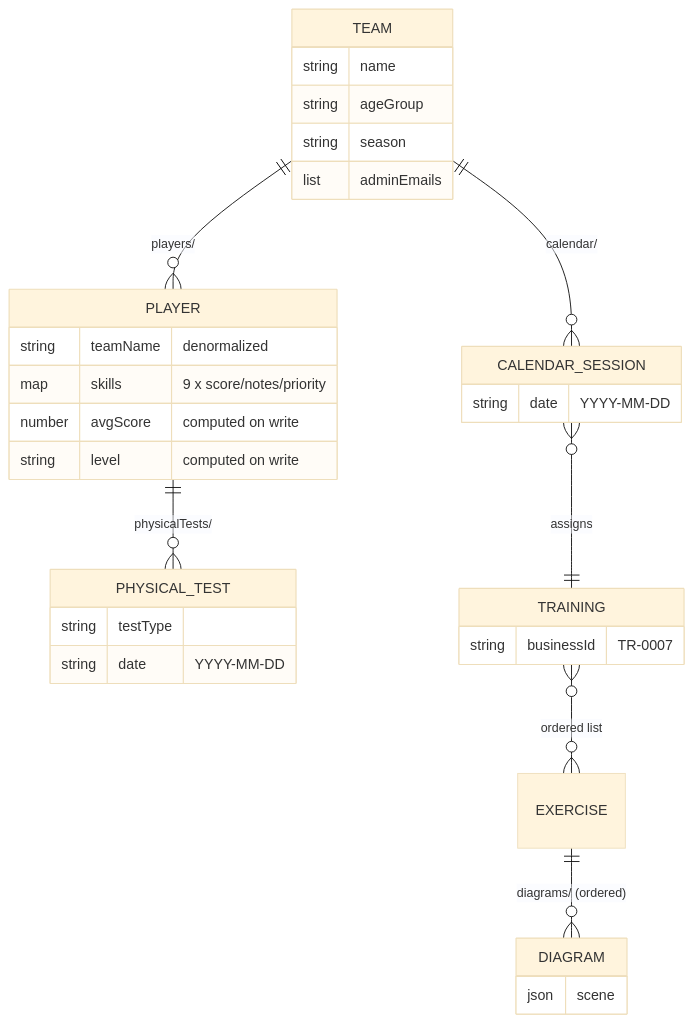
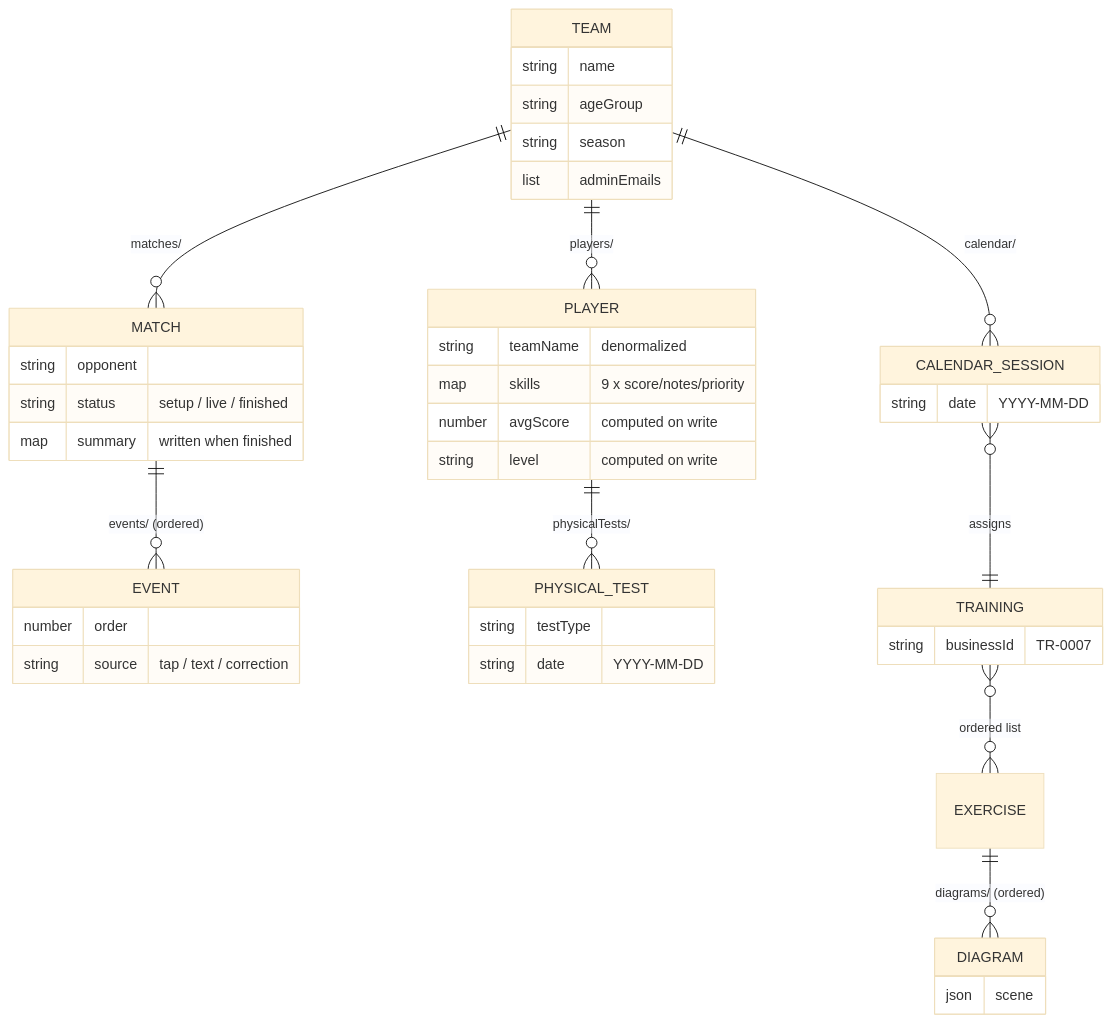
One commit to Ledsav/volley-skills changed the third of 3 diagrams in README.md. Above: the diagram before and after it, drawn with Mermaid (base theme). The commit also changed other lines of this file and 62 other files, not shown here.

First line of the commit message:
docs: page screenshots, season-loop diagram and a shareable product overview

````diff
--- a/README.md
+++ b/README.md
@@ -134,35 +217,46 @@
 ```mermaid
 erDiagram
     TEAM ||--o{ PLAYER : "players/"
     TEAM ||--o{ CALENDAR_SESSION : "calendar/"
+    TEAM ||--o{ MATCH : "matches/"
+    MATCH ||--o{ EVENT : "events/ (ordered)"
     PLAYER ||--o{ PHYSICAL_TEST : "physicalTests/"
     EXERCISE ||--o{ DIAGRAM : "diagrams/ (ordered)"
     TRAINING }o--o{ EXERCISE : "ordered list"
     CALENDAR_SESSION }o--|| TRAINING : "assigns"
 
     TEAM {
         string name
         string ageGroup
         string season
         list adminEmails
     }
     PLAYER {
         string teamName "denormalized"
         map skills "9 x score/notes/priority"
         number avgScore "computed on write"
         string level "computed on write"
     }
     PHYSICAL_TEST {
         string testType
         string date "YYYY-MM-DD"
     }
     CALENDAR_SESSION {
         string date "YYYY-MM-DD"
     }
+    MATCH {
+        string opponent
+        string status "setup / live / finished"
+        map summary "written when finished"
+    }
+    EVENT {
+        number order
+        string source "tap / text / correction"
+    }
     TRAINING {
         string businessId "TR-0007"
     }
     DIAGRAM {
         json scene
     }
 ```
````
